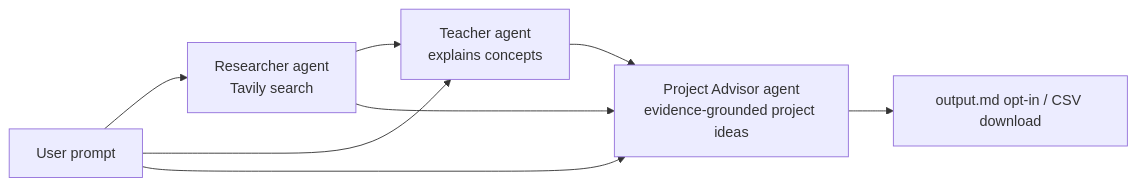
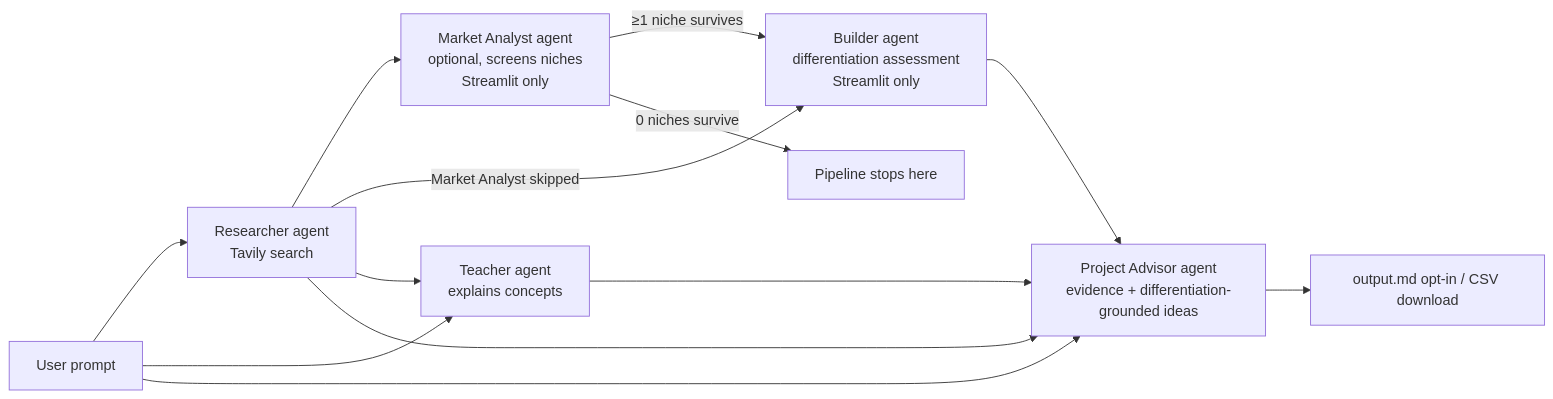
Before and after one commit to jiwpark00/crewai-groq-demo: the diagram in README.md, drawn with Mermaid. The commit also changed other lines of this file and 6 other files, not shown here.

First line of the commit message:
Wire Market Analyst and Builder into the Streamlit UI

````diff
--- a/README.md
+++ b/README.md
@@ -36,10 +45,15 @@
 ```mermaid
 flowchart LR
     U[User prompt] --> R[Researcher agent<br/>Tavily search]
+    R --> M[Market Analyst agent<br/>optional, screens niches<br/>Streamlit only]
+    M -->|"≥1 niche survives"| B[Builder agent<br/>differentiation assessment<br/>Streamlit only]
+    M -->|"0 niches survive"| S[Pipeline stops here]
+    R -->|"Market Analyst skipped"| B
     R --> T[Teacher agent<br/>explains concepts]
     U --> T
-    T --> P[Project Advisor agent<br/>evidence-grounded project ideas]
+    T --> P[Project Advisor agent<br/>evidence + differentiation-grounded ideas]
     U --> P
     R --> P
+    B --> P
     P --> O[output.md opt-in / CSV download]
 ```
````
